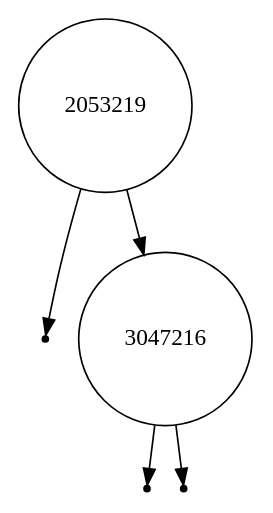
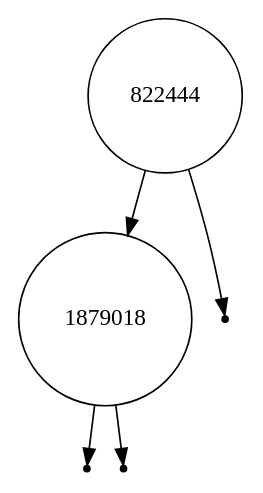
One commit to EstebanDeLaHoz0501/Laboratorio1ED2 changed the diagram in arbol.dot. Above: the diagram before and after it, drawn with Graphviz. The commit also changed 10 other files, not shown here.

```diff
--- a/arbol.dot
+++ b/arbol.dot
@@ -1,13 +1,13 @@
 digraph AVL {
 node [shape=circle];
 rankdir=TB;
-2053219;
-nullL2053219 [shape=point];
-2053219 -> nullL2053219;
-2053219 -> 3047216;
-3047216;
-nullL3047216 [shape=point];
-3047216 -> nullL3047216;
-nullR3047216 [shape=point];
-3047216 -> nullR3047216;
+822444;
+822444 -> 1879018;
+1879018;
+nullL1879018 [shape=point];
+1879018 -> nullL1879018;
+nullR1879018 [shape=point];
+1879018 -> nullR1879018;
+nullR822444 [shape=point];
+822444 -> nullR822444;
 }
```
